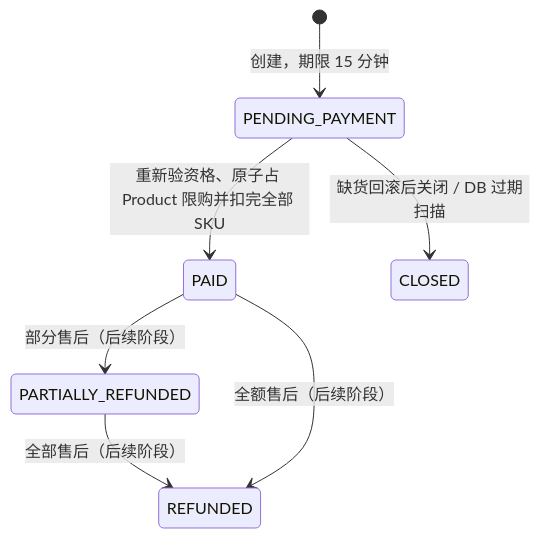
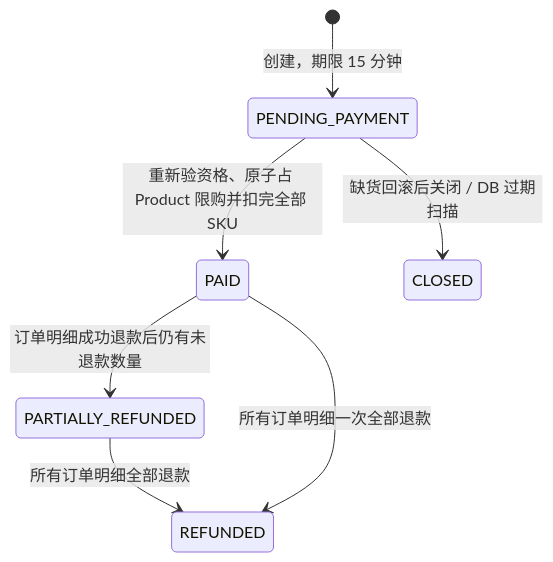
The first of 11 diagrams in docs/state-machines.md (Rill-Sunny/Activity-Management-System), drawn with Mermaid before and after one commit. The commit also changed other lines of this file and 71 other files, not shown here.

````diff
--- a/docs/state-machines.md
+++ b/docs/state-machines.md
@@ -18,9 +18,9 @@
 ```mermaid
 stateDiagram-v2
     [*] --> PENDING_PAYMENT: 创建，期限 15 分钟
     PENDING_PAYMENT --> PAID: 重新验资格、原子占 Product 限购并扣完全部 SKU
     PENDING_PAYMENT --> CLOSED: 缺货回滚后关闭 / DB 过期扫描
-    PAID --> PARTIALLY_REFUNDED: 部分售后（后续阶段）
-    PARTIALLY_REFUNDED --> REFUNDED: 全部售后（后续阶段）
-    PAID --> REFUNDED: 全额售后（后续阶段）
+    PAID --> PARTIALLY_REFUNDED: 订单明细成功退款后仍有未退款数量
+    PARTIALLY_REFUNDED --> REFUNDED: 所有订单明细全部退款
+    PAID --> REFUNDED: 所有订单明细一次全部退款
 ```
````
